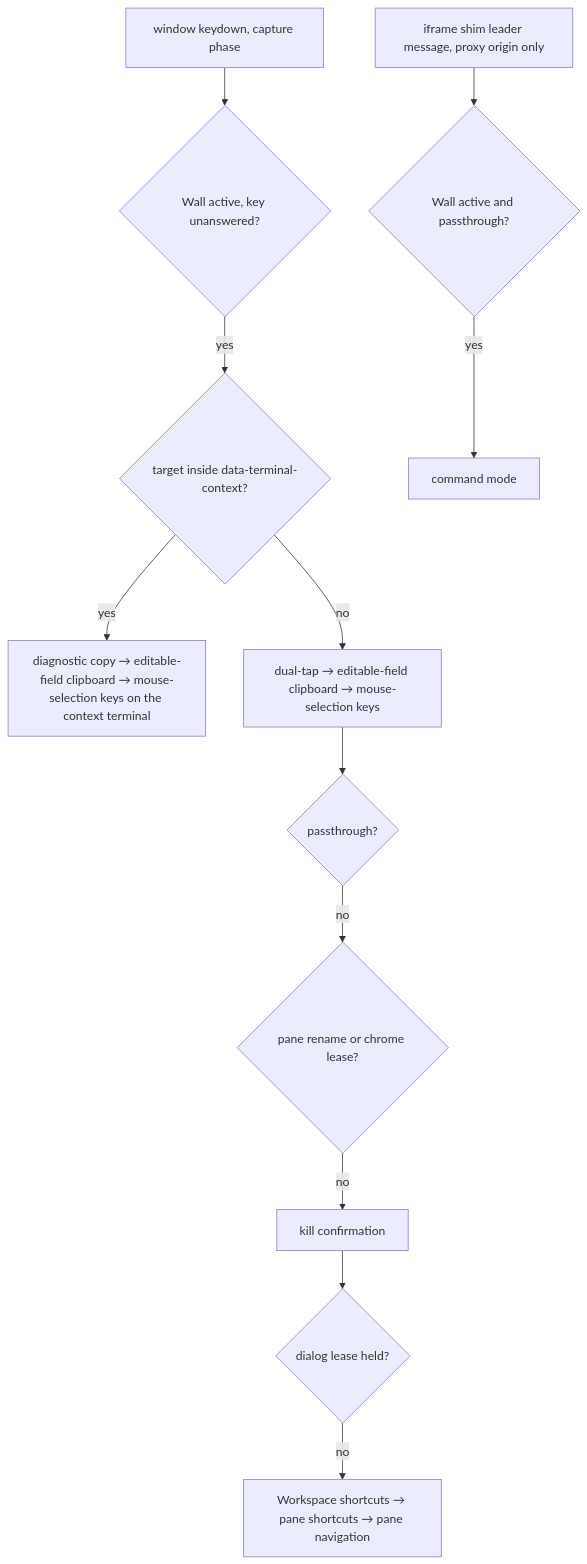
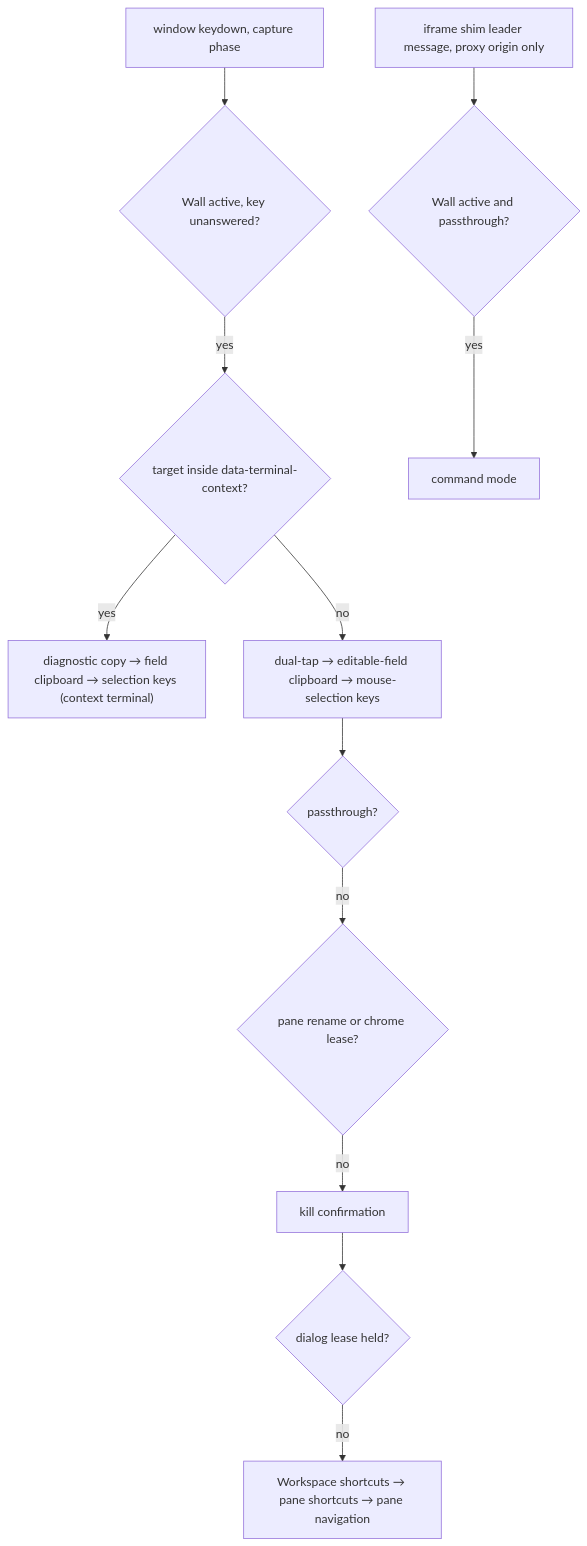
Before and after one commit to diffplug/dormouse: the first of 2 diagrams in docs/specs/layout.md, drawn with Mermaid. The commit also changed other lines of this file, not shown here.

Commit message:
layout: review fixes to the command-mode dispatch diagram
- Shorten the context-terminal node so the diagram is narrower (fixes b07c46526).
- Reattach prose: a tokenless or failed restore roots an empty tree
  (pairs with the tiling-engine restore-tier fix to 2fa847284).

````diff
--- a/docs/specs/layout.md
+++ b/docs/specs/layout.md
@@ -240,14 +240,14 @@
 ```mermaid
 flowchart TD
   K["window keydown, capture phase"] --> A{"Wall active, key unanswered?"}
   A -- yes --> X{"target inside data-terminal-context?"}
-  X -- yes --> X1["diagnostic copy → editable-field clipboard → mouse-selection keys on the context terminal"]
+  X -- yes --> X1["diagnostic copy → field clipboard → selection keys (context terminal)"]
   X -- no --> D["dual-tap → editable-field clipboard → mouse-selection keys"]
   D --> P{"passthrough?"}
   P -- no --> R{"pane rename or chrome lease?"}
   R -- no --> KC["kill confirmation"]
   KC --> DL{"dialog lease held?"}
   DL -- no --> W["Workspace shortcuts → pane shortcuts → pane navigation"]
   M["iframe shim leader message, proxy origin only"] --> MA{"Wall active and passthrough?"}
   MA -- yes --> CM["command mode"]
 ```
````
